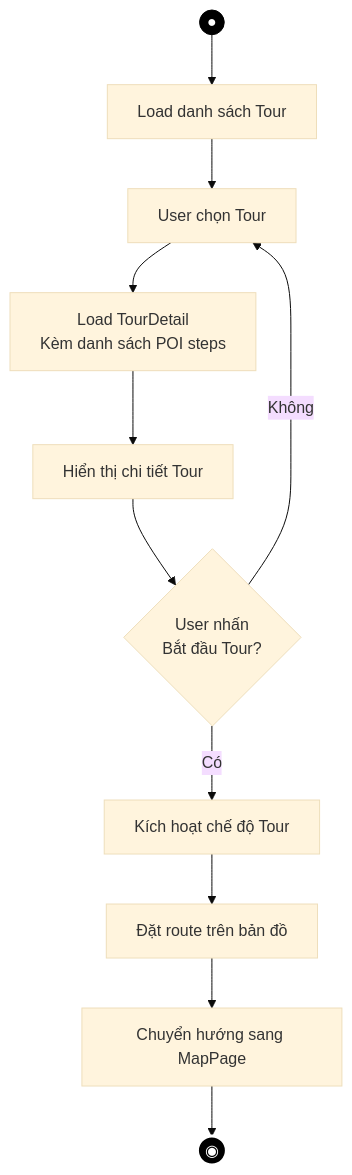
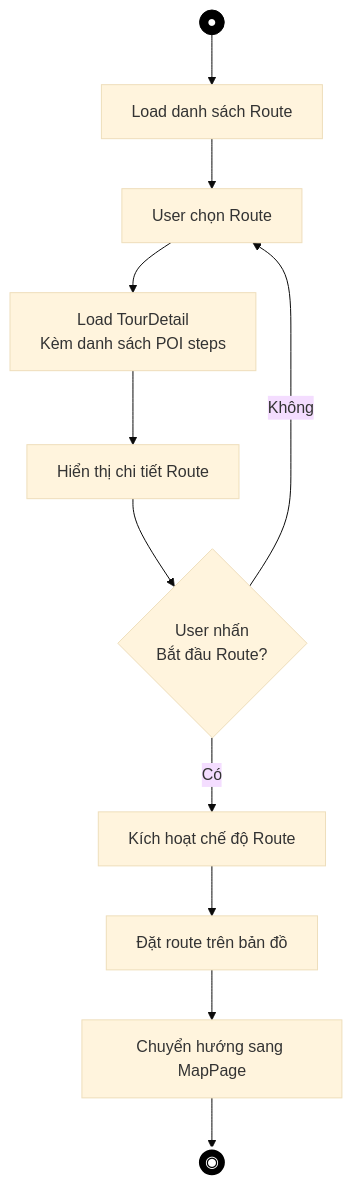
One commit to AudioGo-Project/AudioGo changed diagram 44 of 46 in PRD.md. Above: the diagram before and after it, drawn with Mermaid (base theme). The commit also changed other lines of this file, not shown here.

Commit message:
docs: Split Mobile sequence diagrams by UC and add POI priority logic in Geofence sequence

````diff
--- a/PRD.md
+++ b/PRD.md
@@ -2850,16 +2136,16 @@
 ```mermaid
 flowchart TD
-    START((●)) --> LOAD_TOURS[Load danh sách Tour]
-    LOAD_TOURS --> SELECT_TOUR[User chọn Tour]
+    START((●)) --> LOAD_TOURS[Load danh sách Route]
+    LOAD_TOURS --> SELECT_TOUR[User chọn Route]
     SELECT_TOUR --> LOAD_DETAIL[Load TourDetail<br/>Kèm danh sách POI steps]
-    LOAD_DETAIL --> DISPLAY[Hiển thị chi tiết Tour]
-    DISPLAY --> START_TOUR{User nhấn<br/>Bắt đầu Tour?}
+    LOAD_DETAIL --> DISPLAY[Hiển thị chi tiết Route]
+    DISPLAY --> START_TOUR{User nhấn<br/>Bắt đầu Route?}
     START_TOUR -- Không --> SELECT_TOUR
-    START_TOUR -- Có --> START_MODE[Kích hoạt chế độ Tour]
+    START_TOUR -- Có --> START_MODE[Kích hoạt chế độ Route]
     START_MODE --> SET_ROUTE[Đặt route trên bản đồ]
     SET_ROUTE --> NAV_MAP[Chuyển hướng sang MapPage]
     NAV_MAP --> END_NODE((◉))
     
     style START fill:#000,color:#fff,stroke:#000
     style END_NODE fill:#000,color:#fff,stroke:#fff,stroke-width:3px
 ```
````
